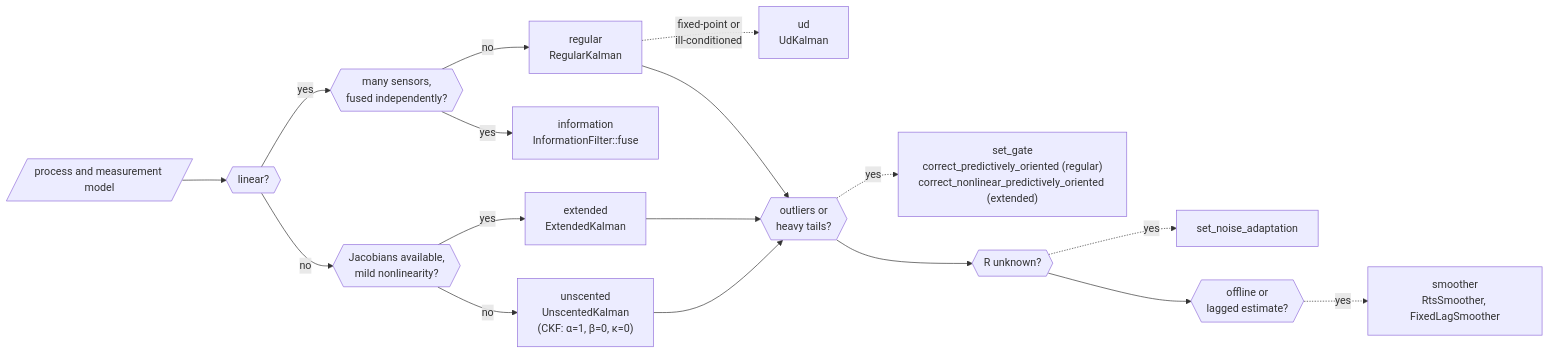
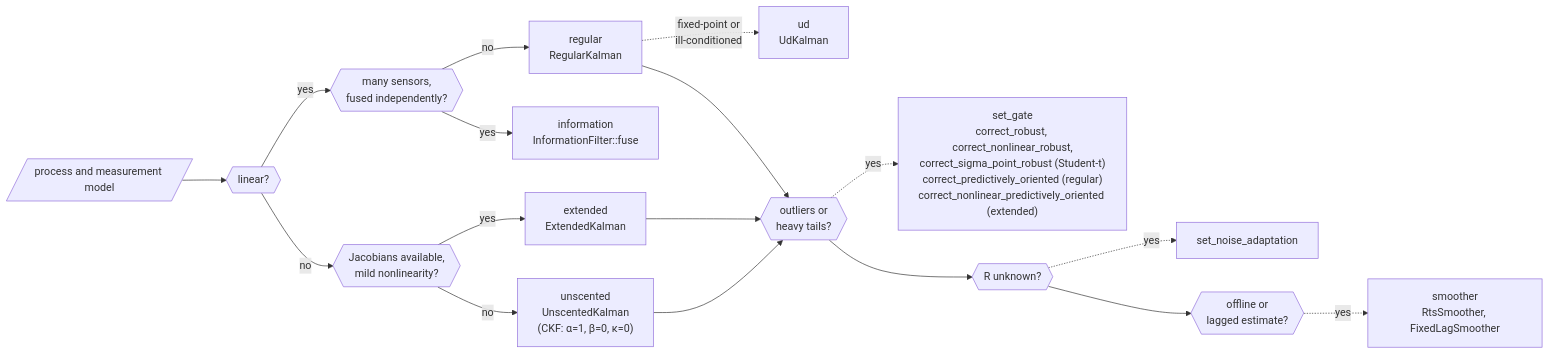
Before and after one commit to sunsided/minikalman-rs: the diagram in crates/minikalman/docs/diagrams/choose-filter.mmd, drawn with Mermaid. The commit also changed 14 other files, not shown here.

First line of the commit message:
Add a Student-t robust correction for the regular, extended and unscented filters (#132)

```diff
--- a/crates/minikalman/docs/diagrams/choose-filter.mmd
+++ b/crates/minikalman/docs/diagrams/choose-filter.mmd
@@ -1,34 +1,34 @@
 flowchart LR
     %% Which filter fits a problem. Style: see docs/diagrams/README.md.
     %% The root README.md holds an inline copy of this diagram; keep the two in sync.
     %% Checks are hexagons; answers are rectangles naming the module and the type or method.
     model[/"process and measurement model"/]
     linear{{"linear?"}}
     fusion{{"many sensors,<br/>fused independently?"}}
     jacobians{{"Jacobians available,<br/>mild nonlinearity?"}}
     regular["regular<br/>RegularKalman"]
     information["information<br/>InformationFilter::fuse"]
     ud["ud<br/>UdKalman"]
     extended["extended<br/>ExtendedKalman"]
     unscented["unscented<br/>UnscentedKalman<br/>(CKF: α=1, β=0, κ=0)"]
     outliers{{"outliers or<br/>heavy tails?"}}
-    gate["set_gate<br/>correct_predictively_oriented (regular)<br/>correct_nonlinear_predictively_oriented (extended)"]
+    gate["set_gate<br/>correct_robust, correct_nonlinear_robust,<br/>correct_sigma_point_robust (Student-t)<br/>correct_predictively_oriented (regular)<br/>correct_nonlinear_predictively_oriented (extended)"]
     noise{{"R unknown?"}}
     adapt["set_noise_adaptation"]
     offline{{"offline or<br/>lagged estimate?"}}
     smoother["smoother<br/>RtsSmoother, FixedLagSmoother"]
     model --> linear
     linear -- yes --> fusion
     fusion -- no --> regular
     fusion -- yes --> information
     regular -. "fixed-point or<br/>ill-conditioned" .-> ud
     linear -- no --> jacobians
     jacobians -- yes --> extended
     jacobians -- no --> unscented
     regular & extended & unscented --> outliers
     outliers -. yes .-> gate
     outliers --> noise
     noise -. yes .-> adapt
     noise --> offline
     offline -. yes .-> smoother
     classDef focus fill:#fbbf24,stroke:#b45309,stroke-width:3px,color:#1c1917
```
